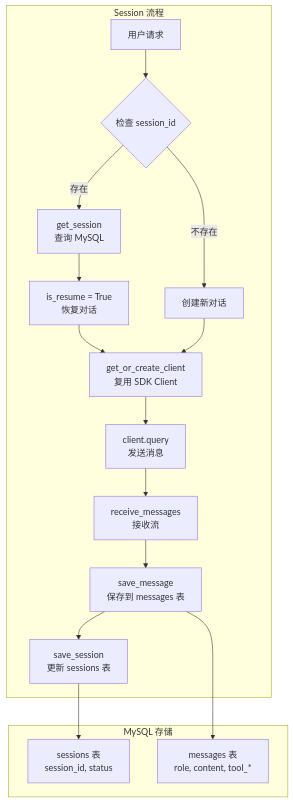
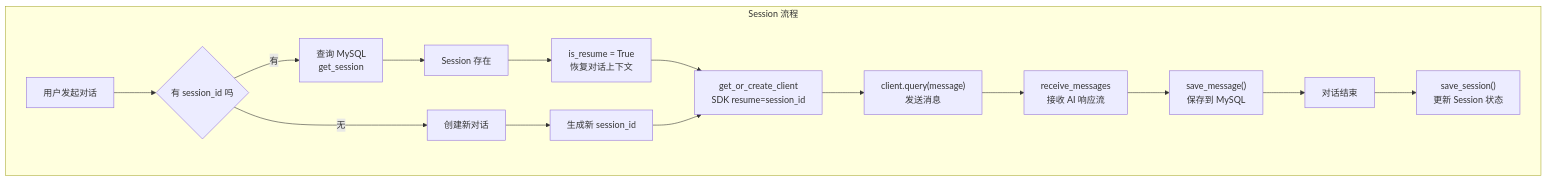
One commit to xiaocaipi/mm-doc changed diagram 12 of 17 in tmp/code_flow_analysis_agent_sdk_server_deep.md. Above: the diagram before and after it, drawn with Mermaid. The commit also changed other lines of this file, not shown here.

````diff
--- a/tmp/code_flow_analysis_agent_sdk_server_deep.md
+++ b/tmp/code_flow_analysis_agent_sdk_server_deep.md
@@ -946,23 +989,18 @@
 ```mermaid
 flowchart TB
     subgraph SessionFlow["Session 流程"]
-        A["用户请求"] --> B{"检查 session_id"}
-        B -->|存在| C["get_session<br/>查询 MySQL"]
-        C --> D["is_resume = True<br/>恢复对话"]
-        B -->|不存在| E["创建新对话"]
-        D --> F["get_or_create_client<br/>复用 SDK Client"]
-        E --> F
-        F --> G["client.query<br/>发送消息"]
-        G --> H["receive_messages<br/>接收流"]
-        H --> I["save_message<br/>保存到 messages 表"]
-        I --> J["save_session<br/>更新 sessions 表"]
+        A["用户发起对话"] --> B{"有 session_id 吗"}
+        B -->|有| C["查询 MySQL<br/>get_session"]
+        C --> D["Session 存在"]
+        D --> E["is_resume = True<br/>恢复对话上下文"]
+        B -->|无| F["创建新对话"]
+        F --> G["生成新 session_id"]
+        E --> H["get_or_create_client<br/>SDK resume=session_id"]
+        G --> H
+        H --> I["client.query(message)<br/>发送消息"]
+        I --> J["receive_messages<br/>接收 AI 响应流"]
+        J --> K["save_message()<br/>保存到 MySQL"]
+        K --> L["对话结束"]
+        L --> M["save_session()<br/>更新 Session 状态"]
     end
-
-    subgraph MySQL["MySQL 存储"]
-        S["sessions 表<br/>session_id, status"]
-        M["messages 表<br/>role, content, tool_*"]
-    end
-
-    J --> S
-    I --> M
 ```
````
